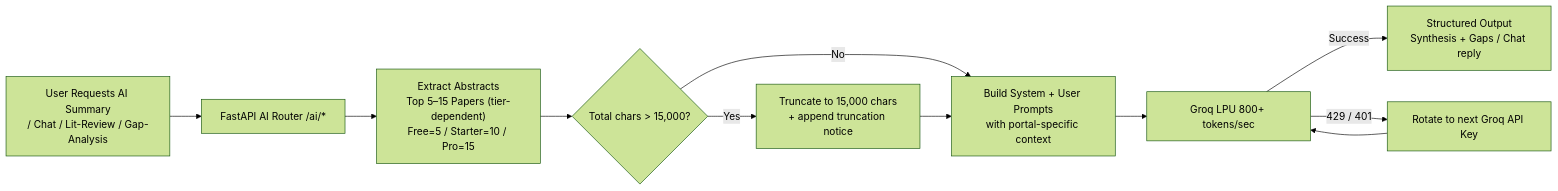
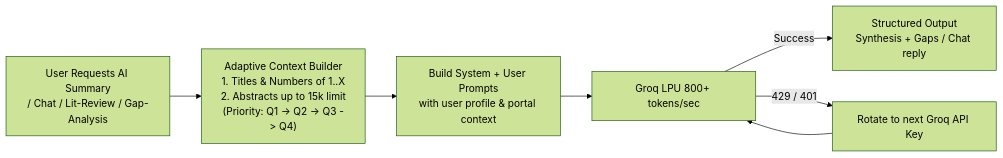
One commit to CodeWithPritom/ScholarHub-frontend changed the fifth of 11 diagrams in SYSTEM_ARCHITECTURE_DEEP_DIVE.md. Above: the diagram before and after it, drawn with Mermaid (forest theme). The commit also changed other lines of this file and 101 other files, not shown here.

````diff
--- a/SYSTEM_ARCHITECTURE_DEEP_DIVE.md
+++ b/SYSTEM_ARCHITECTURE_DEEP_DIVE.md
@@ -284,13 +294,9 @@
 ```mermaid
 flowchart LR
-    Input["User Requests AI Summary\n/ Chat / Lit-Review / Gap-Analysis"] --> Router["FastAPI AI Router /ai/*"]
-    Router --> Extract["Extract Abstracts\nTop 5–15 Papers (tier-dependent)\nFree=5 / Starter=10 / Pro=15"]
-    Extract --> Check{"Total chars > 15,000?"}
-    Check -- "Yes" --> Truncate["Truncate to 15,000 chars\n+ append truncation notice"]
-    Check -- "No" --> Prompt
-    Truncate --> Prompt["Build System + User Prompts\nwith portal-specific context"]
+    Input["User Requests AI Summary\n/ Chat / Lit-Review / Gap-Analysis"] --> ContextBuilder["Adaptive Context Builder\n1. Titles & Numbers of 1..X\n2. Abstracts up to 15k limit\n(Priority: Q1 -> Q2 -> Q3 -> Q4)"]
+    ContextBuilder --> Prompt["Build System + User Prompts\nwith user profile & portal context"]
     Prompt --> Groq["Groq LPU 800+ tokens/sec"]
     Groq -- "Success" --> Output["Structured Output\nSynthesis + Gaps / Chat reply"]
     Groq -- "429 / 401" --> Rotate["Rotate to next Groq API Key"]
     Rotate --> Groq
 ```
````
